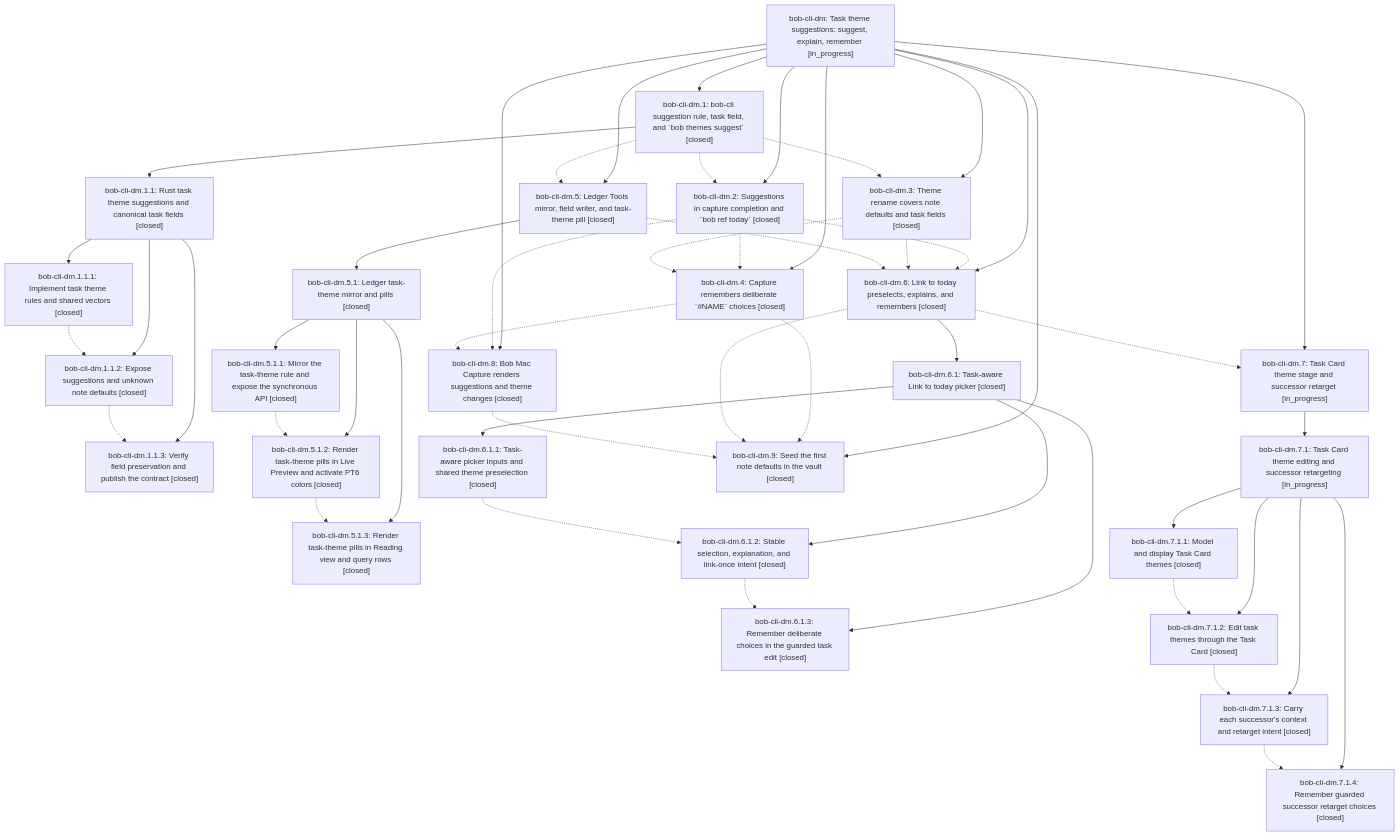
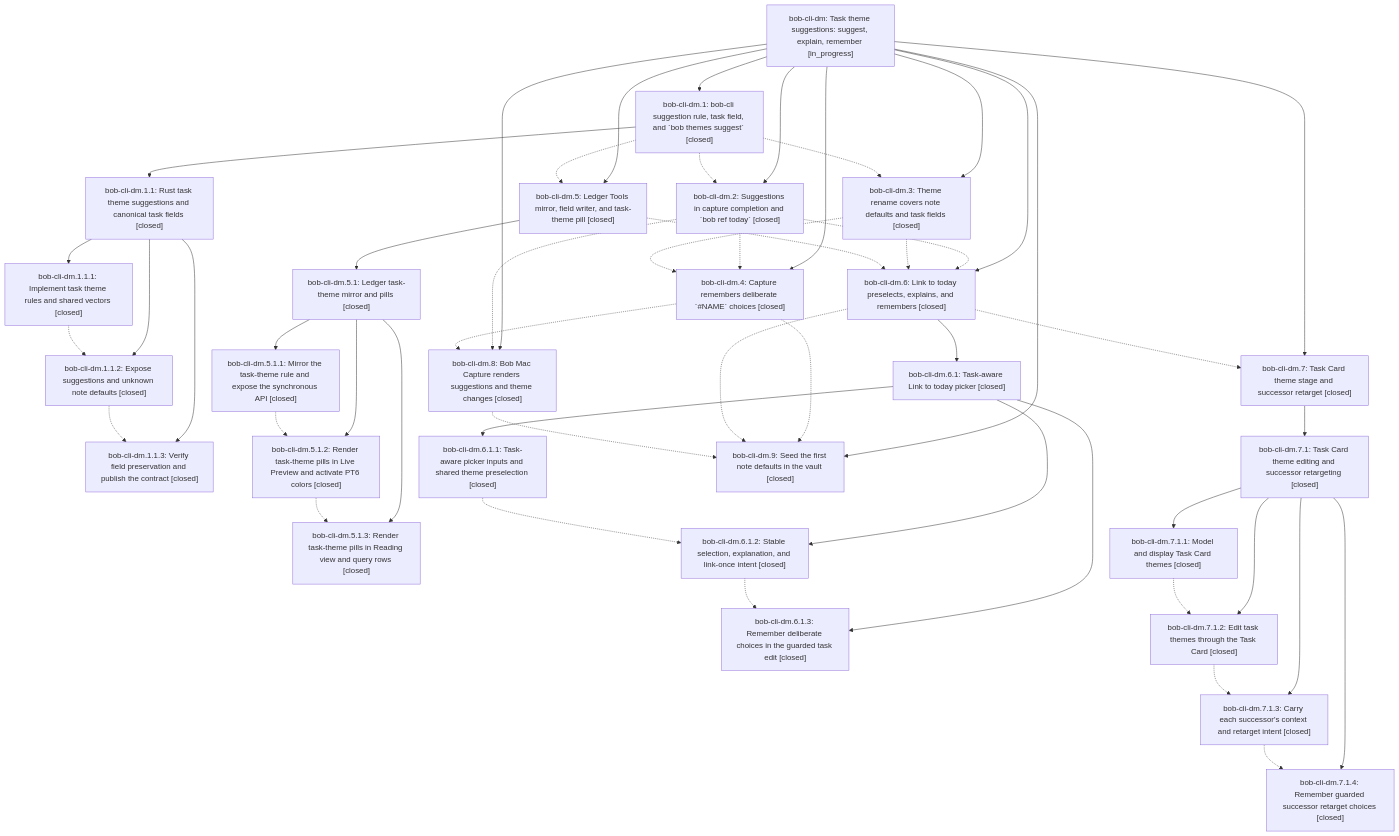
Before and after one commit to bobs-org/bob-cli--beads: the diagram in pages/bob-cli-dm/README.md, drawn with Mermaid. The commit also changed other lines of this file and 4 other files, not shown here.

First line of the commit message:
chore(beads): sync bead state and pages for bob-cli-dm

````diff
--- a/pages/bob-cli-dm/README.md
+++ b/pages/bob-cli-dm/README.md
@@ -44,79 +44,79 @@
 ```mermaid
 flowchart TD
     n0["bob-cli-dm: Task theme suggestions: suggest, explain, remember [in_progress]"]
     n1["bob-cli-dm.1: bob-cli suggestion rule, task field, and `bob themes suggest` [closed]"]
     n2["bob-cli-dm.1.1: Rust task theme suggestions and canonical task fields [closed]"]
     n3["bob-cli-dm.1.1.1: Implement task theme rules and shared vectors [closed]"]
     n4["bob-cli-dm.1.1.2: Expose suggestions and unknown note defaults [closed]"]
     n5["bob-cli-dm.1.1.3: Verify field preservation and publish the contract [closed]"]
     n6["bob-cli-dm.2: Suggestions in capture completion and `bob ref today` [closed]"]
     n7["bob-cli-dm.3: Theme rename covers note defaults and task fields [closed]"]
     n8["bob-cli-dm.4: Capture remembers deliberate `#NAME` choices [closed]"]
     n9["bob-cli-dm.5: Ledger Tools mirror, field writer, and task-theme pill [closed]"]
     n10["bob-cli-dm.5.1: Ledger task-theme mirror and pills [closed]"]
     n11["bob-cli-dm.5.1.1: Mirror the task-theme rule and expose the synchronous API [closed]"]
     n12["bob-cli-dm.5.1.2: Render task-theme pills in Live Preview and activate PT6 colors [closed]"]
     n13["bob-cli-dm.5.1.3: Render task-theme pills in Reading view and query rows [closed]"]
     n14["bob-cli-dm.6: Link to today preselects, explains, and remembers [closed]"]
     n15["bob-cli-dm.6.1: Task-aware Link to today picker [closed]"]
     n16["bob-cli-dm.6.1.1: Task-aware picker inputs and shared theme preselection [closed]"]
     n17["bob-cli-dm.6.1.2: Stable selection, explanation, and link-once intent [closed]"]
     n18["bob-cli-dm.6.1.3: Remember deliberate choices in the guarded task edit [closed]"]
-    n19["bob-cli-dm.7: Task Card theme stage and successor retarget [in_progress]"]
-    n20["bob-cli-dm.7.1: Task Card theme editing and successor retargeting [in_progress]"]
+    n19["bob-cli-dm.7: Task Card theme stage and successor retarget [closed]"]
+    n20["bob-cli-dm.7.1: Task Card theme editing and successor retargeting [closed]"]
     n21["bob-cli-dm.7.1.1: Model and display Task Card themes [closed]"]
     n22["bob-cli-dm.7.1.2: Edit task themes through the Task Card [closed]"]
     n23["bob-cli-dm.7.1.3: Carry each successor's context and retarget intent [closed]"]
     n24["bob-cli-dm.7.1.4: Remember guarded successor retarget choices [closed]"]
     n25["bob-cli-dm.8: Bob Mac Capture renders suggestions and theme changes [closed]"]
     n26["bob-cli-dm.9: Seed the first note defaults in the vault [closed]"]
     n0 --> n1
     n1 --> n2
     n2 --> n3
     n2 --> n4
     n2 --> n5
     n0 --> n6
     n0 --> n7
     n0 --> n8
     n0 --> n9
     n9 --> n10
     n10 --> n11
     n10 --> n12
     n10 --> n13
     n0 --> n14
     n14 --> n15
     n15 --> n16
     n15 --> n17
     n15 --> n18
     n0 --> n19
     n19 --> n20
     n20 --> n21
     n20 --> n22
     n20 --> n23
     n20 --> n24
     n0 --> n25
     n0 --> n26
     n1 -.-> n6
     n1 -.-> n7
     n1 -.-> n9
     n3 -.-> n4
     n4 -.-> n5
     n6 -.-> n8
     n6 -.-> n14
     n6 -.-> n25
     n7 -.-> n8
     n7 -.-> n14
     n8 -.-> n25
     n8 -.-> n26
     n9 -.-> n14
     n11 -.-> n12
     n12 -.-> n13
     n14 -.-> n19
     n14 -.-> n26
     n16 -.-> n17
     n17 -.-> n18
     n21 -.-> n22
     n22 -.-> n23
     n23 -.-> n24
     n25 -.-> n26
 ```
````
